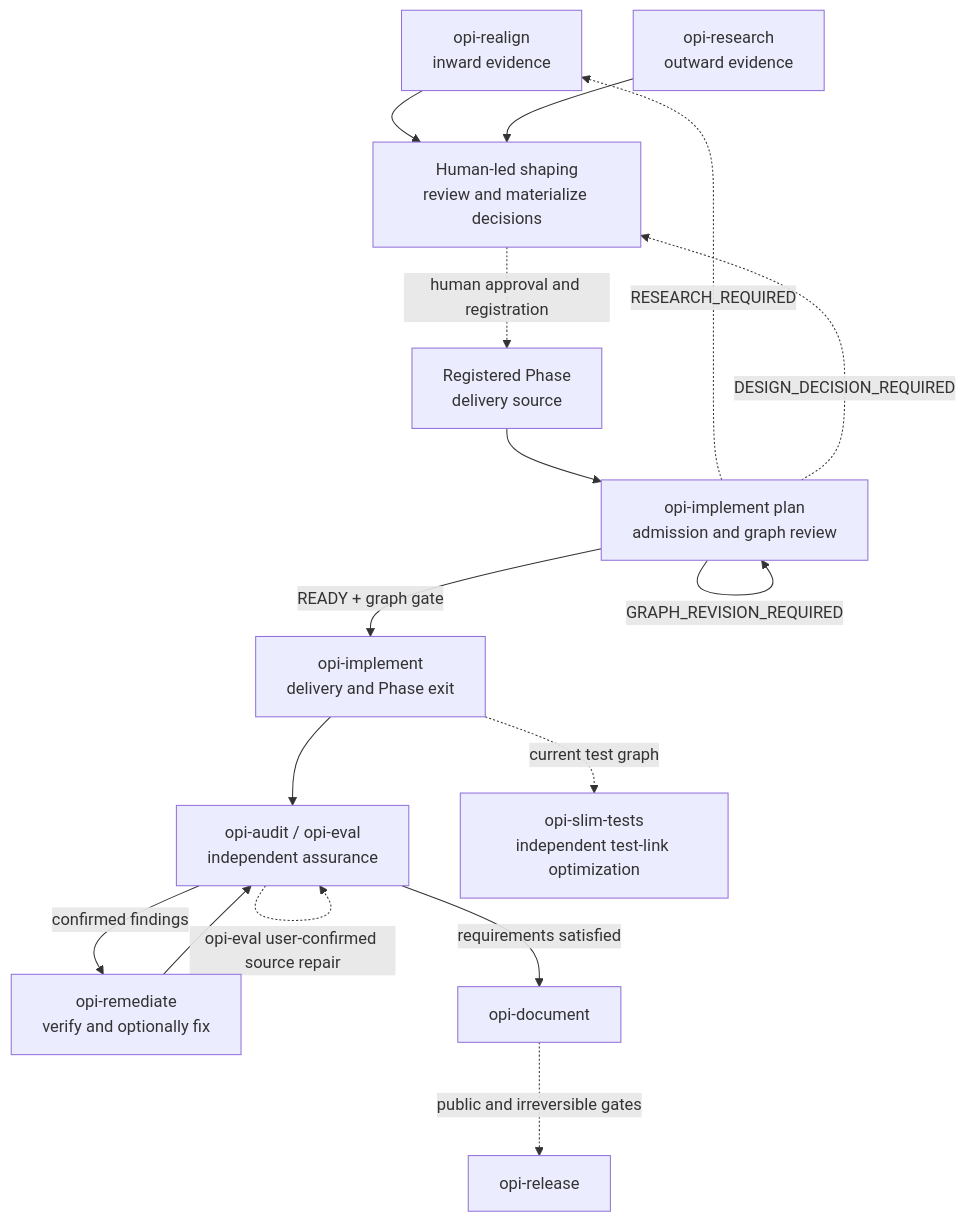
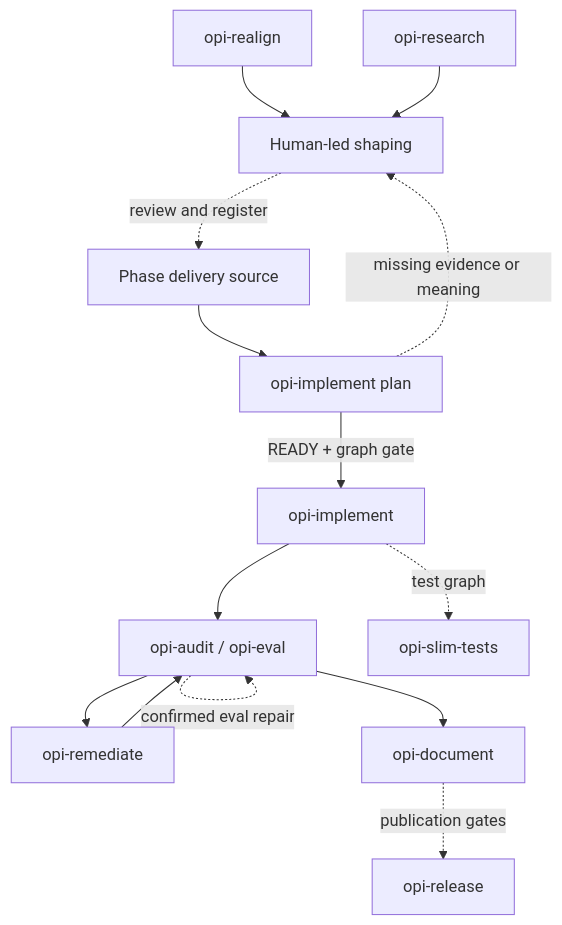
One commit to OdradekAI/opi changed the diagram in .agents/skills/README.md. Above: the diagram before and after it, drawn with Mermaid. The commit also changed other lines of this file and 26 other files, not shown here.

````diff
--- a/.agents/skills/README.md
+++ b/.agents/skills/README.md
@@ -36,30 +24,16 @@
 ```mermaid
 flowchart TD
-    RI[opi-realign<br/>inward evidence]
-    RO[opi-research<br/>outward evidence]
-    SH[Human-led shaping<br/>review and materialize decisions]
-    SRC[Registered Phase<br/>delivery source]
-    PLAN[opi-implement plan<br/>admission and graph review]
-    EXEC[opi-implement<br/>delivery and Phase exit]
-    ASSURE[opi-audit / opi-eval<br/>independent assurance]
-    FIX[opi-remediate<br/>verify and optionally fix]
-    DOC[opi-document]
-    REL[opi-release]
-    SLIM[opi-slim-tests<br/>independent test-link optimization]
-
-    RI --> SH
-    RO --> SH
-    SH -. human approval and registration .-> SRC
-    SRC --> PLAN
-    PLAN -->|READY + graph gate| EXEC
-    PLAN -. RESEARCH_REQUIRED .-> RI
-    PLAN -. DESIGN_DECISION_REQUIRED .-> SH
-    PLAN -->|GRAPH_REVISION_REQUIRED| PLAN
-    EXEC --> ASSURE
-    ASSURE -. opi-eval user-confirmed source repair .-> ASSURE
-    ASSURE -->|confirmed findings| FIX
+    RI[opi-realign] --> SH[Human-led shaping]
+    RO[opi-research] --> SH
+    SH -. review and register .-> SRC[Phase delivery source]
+    SRC --> PLAN[opi-implement plan]
+    PLAN -->|READY + graph gate| EXEC[opi-implement]
+    PLAN -. missing evidence or meaning .-> SH
+    EXEC --> ASSURE[opi-audit / opi-eval]
+    ASSURE -. confirmed eval repair .-> ASSURE
+    ASSURE --> FIX[opi-remediate]
     FIX --> ASSURE
-    ASSURE -->|requirements satisfied| DOC
-    DOC -. public and irreversible gates .-> REL
-    EXEC -. current test graph .-> SLIM
+    ASSURE --> DOC[opi-document]
+    DOC -. publication gates .-> REL[opi-release]
+    EXEC -. test graph .-> SLIM[opi-slim-tests]
 ```
````
